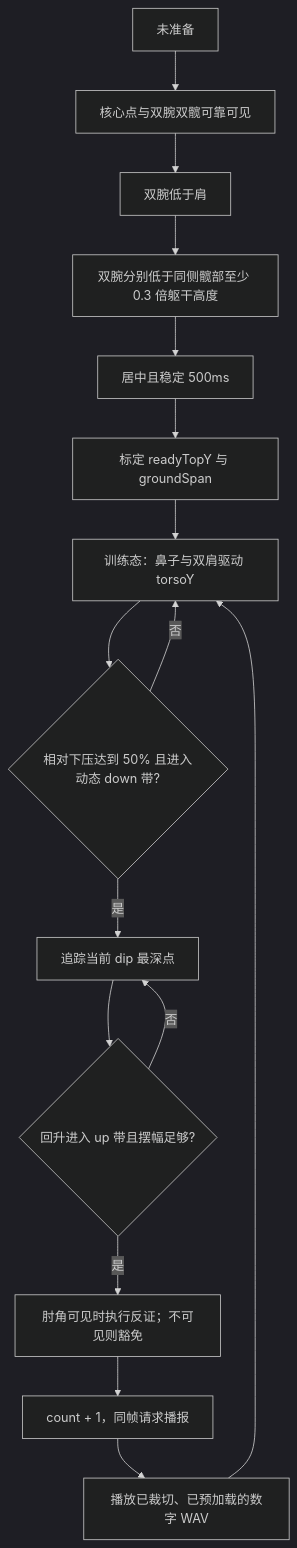
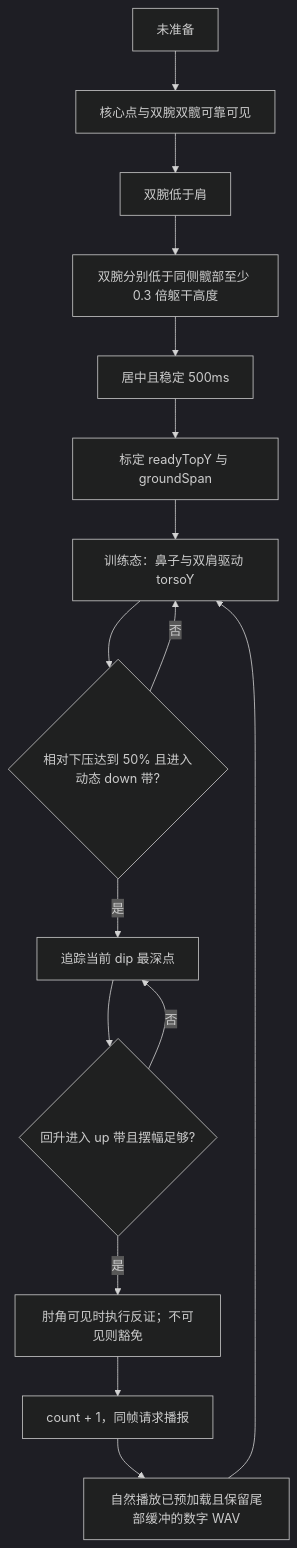
The diagram in docs/pushup-algorithm-remediation-2026-07-14.md (mhgd3250905/ugk-exercise), drawn with Mermaid (dark theme) before and after one commit. The commit also changed other lines of this file and 62 other files, not shown here.

````diff
--- a/docs/pushup-algorithm-remediation-2026-07-14.md
+++ b/docs/pushup-algorithm-remediation-2026-07-14.md
@@ -171,18 +190,18 @@
 ```mermaid
 flowchart TD
     A["未准备"] --> B["核心点与双腕双髋可靠可见"]
     B --> C["双腕低于肩"]
     C --> D["双腕分别低于同侧髋部至少 0.3 倍躯干高度"]
     D --> E["居中且稳定 500ms"]
     E --> F["标定 readyTopY 与 groundSpan"]
     F --> G["训练态：鼻子与双肩驱动 torsoY"]
     G --> H{"相对下压达到 50% 且进入动态 down 带?"}
     H -- "否" --> G
     H -- "是" --> I["追踪当前 dip 最深点"]
     I --> J{"回升进入 up 带且摆幅足够?"}
     J -- "否" --> I
     J -- "是" --> K["肘角可见时执行反证；不可见则豁免"]
     K --> L["count + 1，同帧请求播报"]
-    L --> M["播放已裁切、已预加载的数字 WAV"]
+    L --> M["自然播放已预加载且保留尾部缓冲的数字 WAV"]
     M --> G
 ```
````
